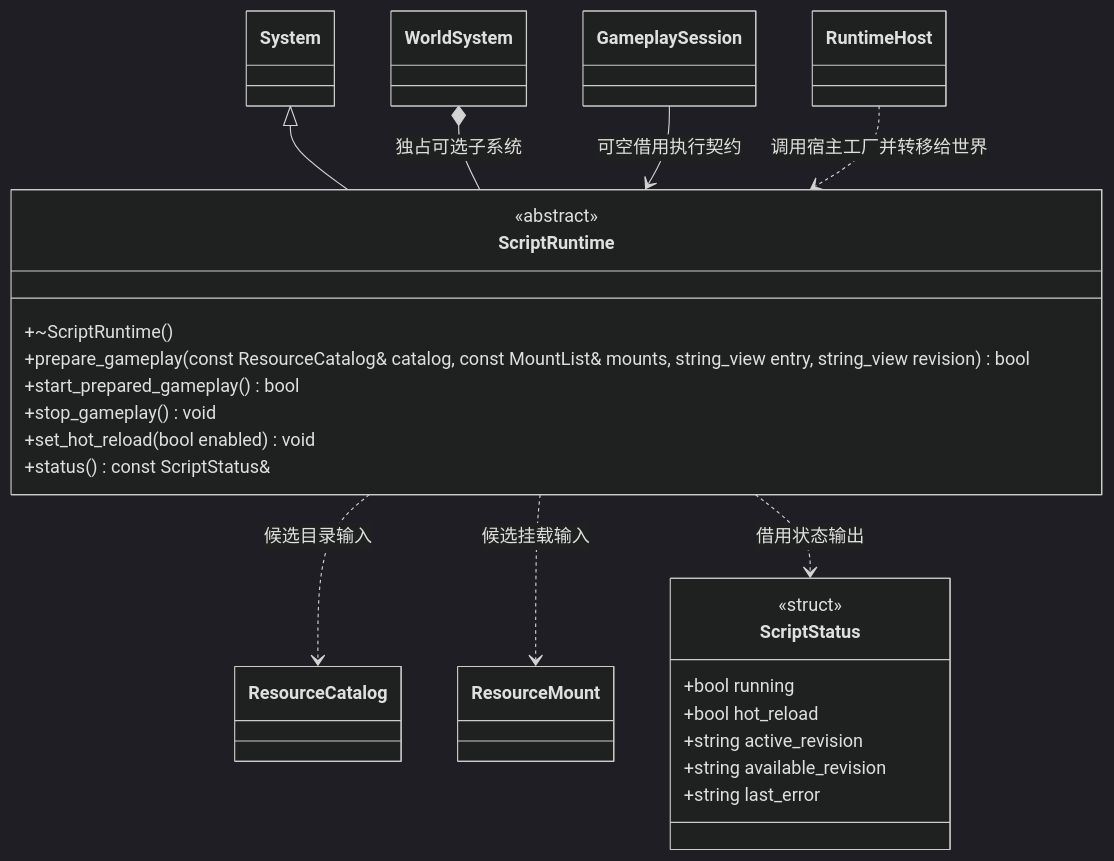
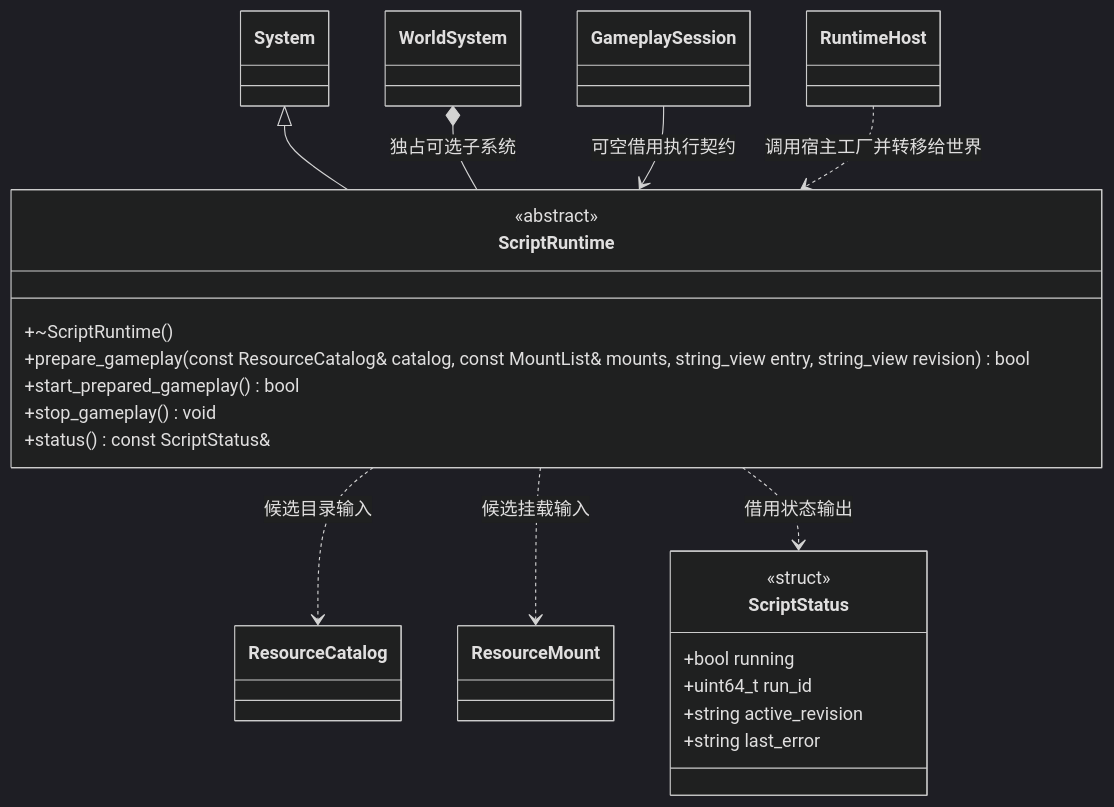
Before and after one commit to lcals/Engine: the diagram in docs/runtime/class-diagrams/script-runtime.md, drawn with Mermaid (dark theme). The commit also changed other lines of this file and 195 other files, not shown here.

````diff
--- a/docs/runtime/class-diagrams/script-runtime.md
+++ b/docs/runtime/class-diagrams/script-runtime.md
@@ -7,33 +7,31 @@
 ```mermaid
 classDiagram
     class ScriptRuntime {
         <<abstract>>
         +~ScriptRuntime()
         +prepare_gameplay(const ResourceCatalog& catalog, const MountList& mounts, string_view entry, string_view revision) bool
         +start_prepared_gameplay() bool
         +stop_gameplay() void
-        +set_hot_reload(bool enabled) void
         +status() const ScriptStatus&
     }
     class ScriptStatus {
         <<struct>>
         +bool running
-        +bool hot_reload
+        +uint64_t run_id
         +string active_revision
-        +string available_revision
         +string last_error
     }
     class System
     class ResourceCatalog
     class ResourceMount
     class GameplaySession
     class RuntimeHost
     class WorldSystem
     System <|-- ScriptRuntime
     WorldSystem *-- ScriptRuntime : 独占可选子系统
     GameplaySession --> ScriptRuntime : 可空借用执行契约
     RuntimeHost ..> ScriptRuntime : 调用宿主工厂并转移给世界
     ScriptRuntime ..> ResourceCatalog : 候选目录输入
     ScriptRuntime ..> ResourceMount : 候选挂载输入
     ScriptRuntime ..> ScriptStatus : 借用状态输出
 ```
````
